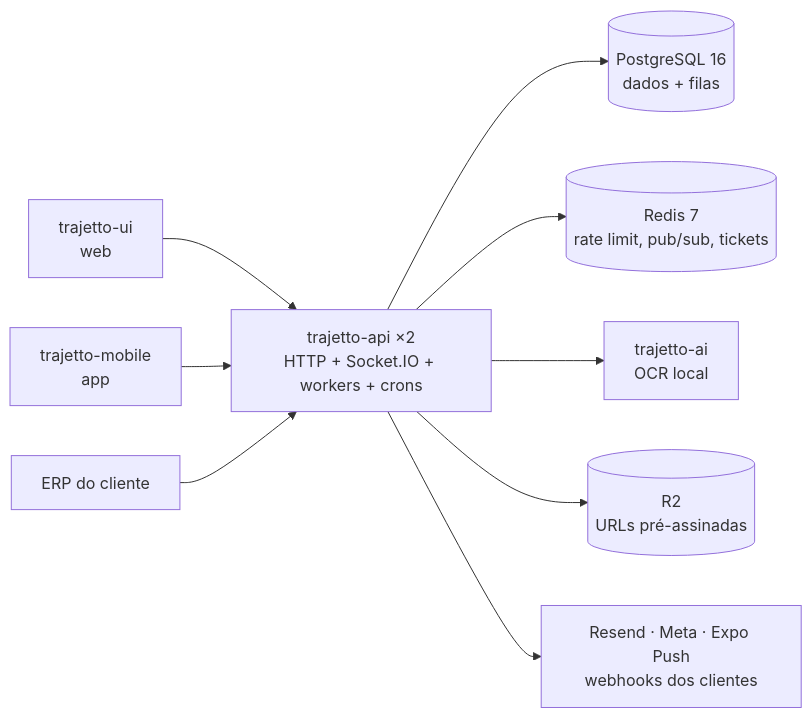
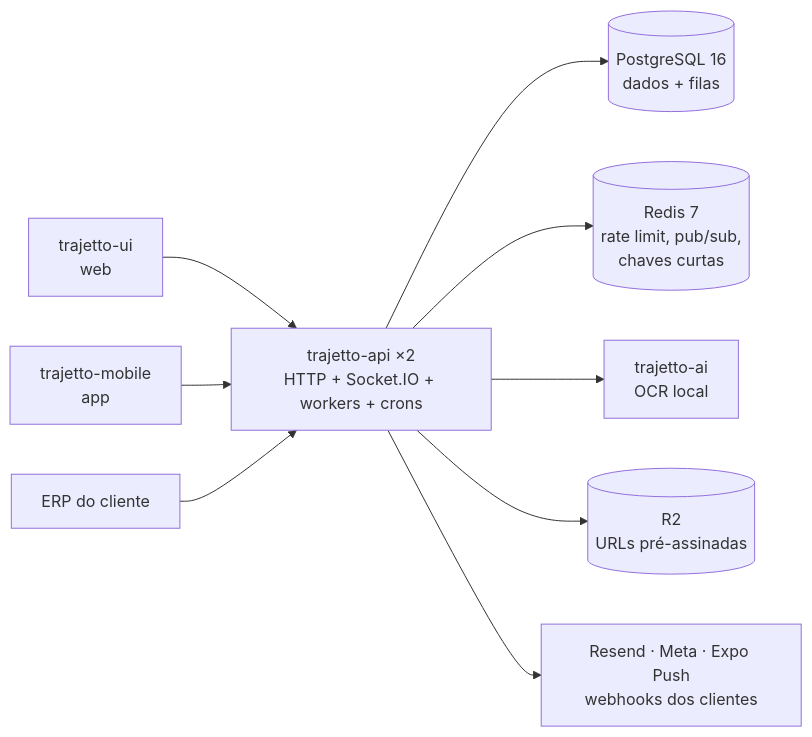
One commit to Trajetto-Organization/trajetto-api changed the diagram in README.md. Above: the diagram before and after it, drawn with Mermaid. The commit also changed other lines of this file and 111 other files, not shown here.

````diff
--- a/README.md
+++ b/README.md
@@ -87,18 +107,18 @@
 ```mermaid
 flowchart LR
   web["trajetto-ui<br/>web"] --> api
   app["trajetto-mobile<br/>app"] --> api
   erp["ERP do cliente"] --> api
   api["trajetto-api ×2<br/>HTTP + Socket.IO + workers + crons"]
   api --> pg[("PostgreSQL 16<br/>dados + filas")]
-  api --> rd[("Redis 7<br/>rate limit, pub/sub, tickets")]
+  api --> rd[("Redis 7<br/>rate limit, pub/sub,<br/>chaves curtas")]
   api --> ai["trajetto-ai<br/>OCR local"]
   api --> r2[("R2<br/>URLs pré-assinadas")]
   api --> prov["Resend · Meta · Expo Push<br/>webhooks dos clientes"]
   click api "https://github.com/Trajetto-Organization/trajetto-api/blob/staging/docs/arquitetura.md#vis%C3%A3o-de-componentes" "Mapa completo"
   click pg "https://github.com/Trajetto-Organization/trajetto-api/blob/staging/docs/arquitetura.md#postgres-%C3%A9-a-fila" "Postgres é a fila"
   click rd "https://github.com/Trajetto-Organization/trajetto-api/blob/staging/docs/arquitetura.md#redis-e-tempo-real" "Redis e tempo real"
   click ai "https://github.com/Trajetto-Organization/trajetto-api/blob/staging/docs/arquitetura.md#ia-local" "IA local"
   click r2 "https://github.com/Trajetto-Organization/trajetto-api/blob/staging/docs/arquitetura.md#arquivos" "Arquivos"
   click prov "https://github.com/Trajetto-Organization/trajetto-api/blob/staging/docs/arquitetura.md#integra%C3%A7%C3%B5es-externas" "Integrações externas"
 ```
````
